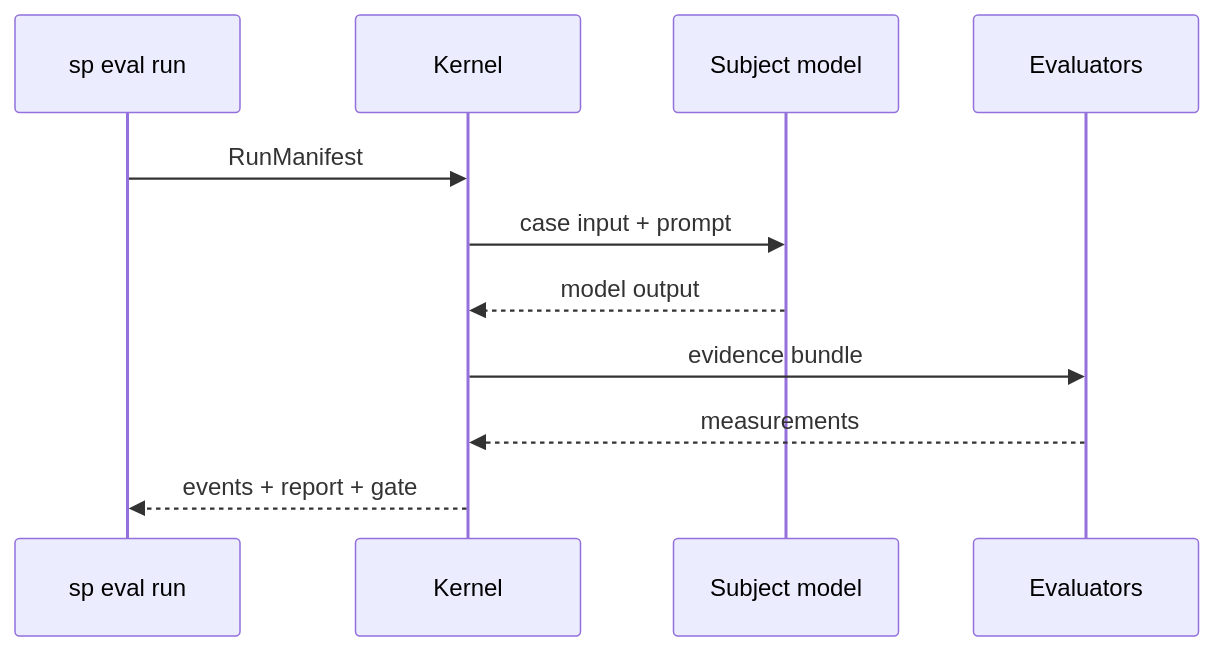
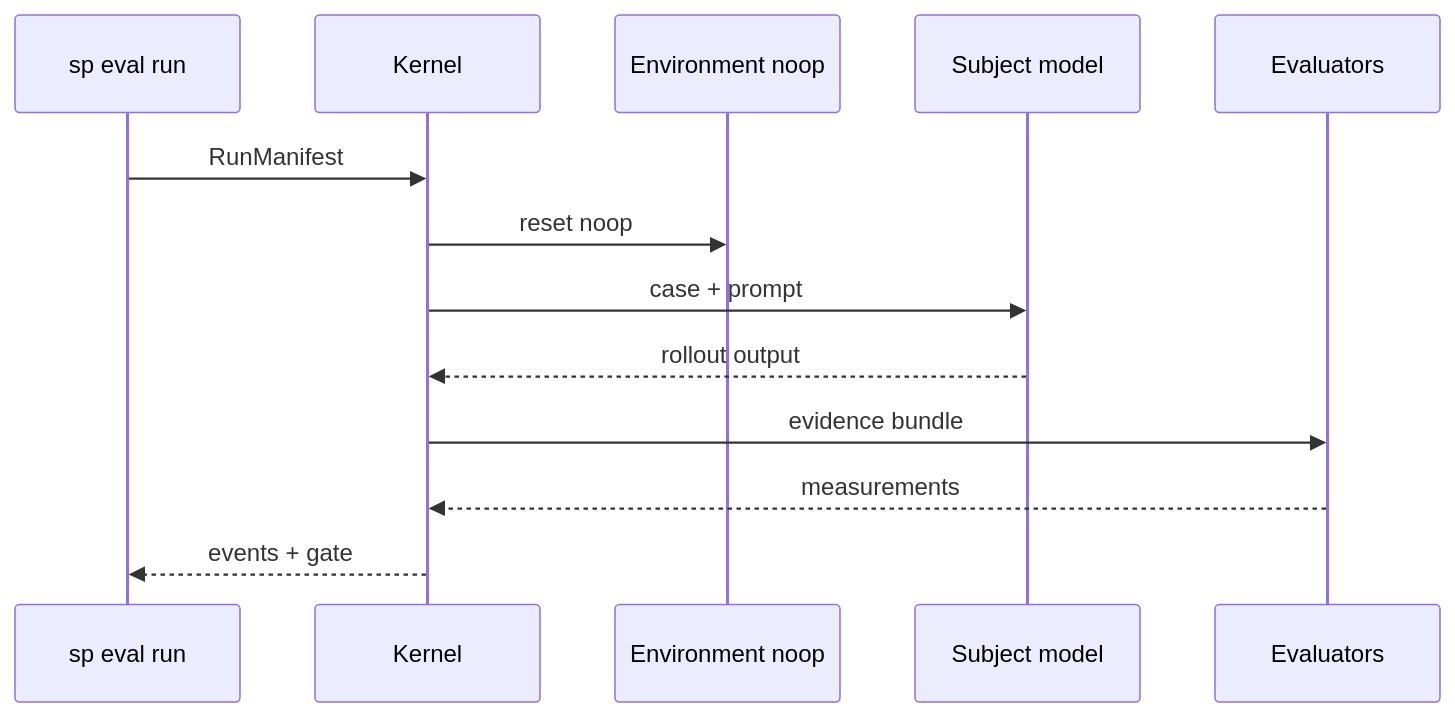
Before and after one commit to softprobe/document-website: the second of 2 diagrams in en/evaluation/getting-started.md, drawn with Mermaid. The commit also changed other lines of this file and 14 other files, not shown here.

````diff
--- a/en/evaluation/getting-started.md
+++ b/en/evaluation/getting-started.md
@@ -92,14 +107,16 @@
 ```mermaid
 sequenceDiagram
   participant CLI as sp eval run
   participant K as Kernel
+  participant Env as Environment noop
   participant S as Subject model
-  participant E as Evaluators
+  participant Ev as Evaluators
 
   CLI->>K: RunManifest
-  K->>S: case input + prompt
-  S-->>K: model output
-  K->>E: evidence bundle
-  E-->>K: measurements
-  K-->>CLI: events + report + gate
+  K->>Env: reset noop
+  K->>S: case + prompt
+  S-->>K: rollout output
+  K->>Ev: evidence bundle
+  Ev-->>K: measurements
+  K-->>CLI: events + gate
 ```
````
